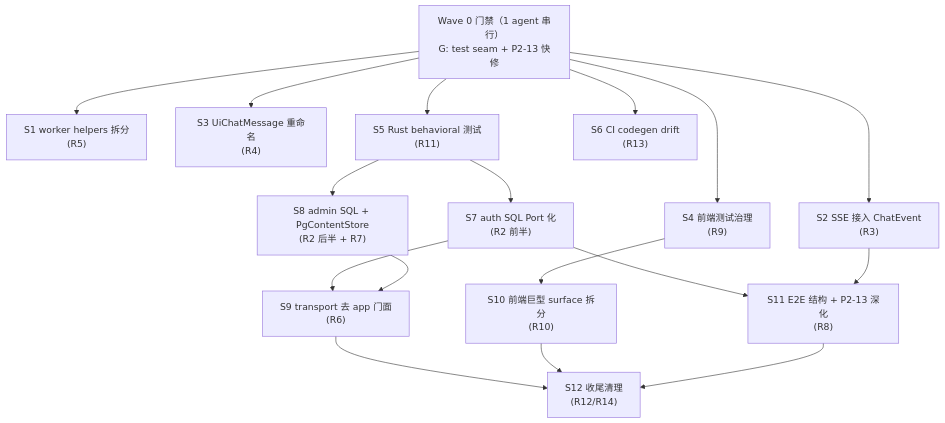
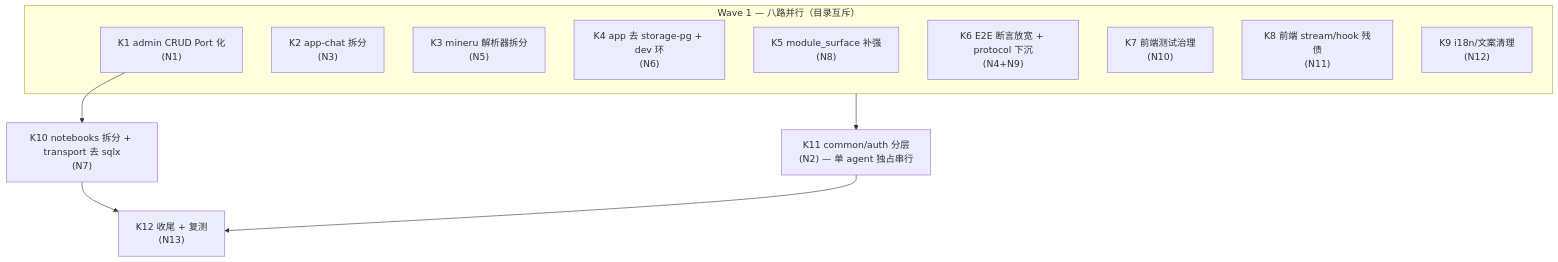
Before and after one commit to xingchuan0105/context-osv6: the diagram in avrag-rs/docs/brooks-merged-fix-plan-2026-06-12.md, drawn with Mermaid. The commit also changed other lines of this file and 247 other files, not shown here.

````diff
--- a/avrag-rs/docs/brooks-merged-fix-plan-2026-06-12.md
+++ b/avrag-rs/docs/brooks-merged-fix-plan-2026-06-12.md
@@ -69,20 +67,19 @@
 ```mermaid
 flowchart TD
-  W0["Wave 0 门禁（1 agent 串行）<br/>G: test seam + P2-13 快修"]
-  W0 --> S1["S1 worker helpers 拆分<br/>(R5)"]
-  W0 --> S2["S2 SSE 接入 ChatEvent<br/>(R3)"]
-  W0 --> S3["S3 UiChatMessage 重命名<br/>(R4)"]
-  W0 --> S4["S4 前端测试治理<br/>(R9)"]
-  W0 --> S5["S5 Rust behavioral 测试<br/>(R11)"]
-  W0 --> S6["S6 CI codegen drift<br/>(R13)"]
-  S5 --> S7["S7 auth SQL Port 化<br/>(R2 前半)"]
-  S5 --> S8["S8 admin SQL + PgContentStore<br/>(R2 后半 + R7)"]
-  S7 --> S9["S9 transport 去 app 门面<br/>(R6)"]
-  S8 --> S9
-  S4 --> S10["S10 前端巨型 surface 拆分<br/>(R10)"]
-  S7 --> S11["S11 E2E 结构 + P2-13 深化<br/>(R8)"]
-  S2 --> S11
-  S9 --> S12["S12 收尾清理<br/>(R12/R14)"]
-  S10 --> S12
-  S11 --> S12
+  subgraph W1["Wave 1 — 八路并行（目录互斥）"]
+    K1["K1 admin CRUD Port 化<br/>(N1)"]
+    K2["K2 app-chat 拆分<br/>(N3)"]
+    K3["K3 mineru 解析器拆分<br/>(N5)"]
+    K4["K4 app 去 storage-pg + dev 环<br/>(N6)"]
+    K5["K5 module_surface 补强<br/>(N8)"]
+    K6["K6 E2E 断言放宽 + protocol 下沉<br/>(N4+N9)"]
+    K7["K7 前端测试治理<br/>(N10)"]
+    K8["K8 前端 stream/hook 残债<br/>(N11)"]
+    K9["K9 i18n/文案清理<br/>(N12)"]
+  end
+
+  K1 --> K10["K10 notebooks 拆分 + transport 去 sqlx<br/>(N7)"]
+  W1 --> K11["K11 common/auth 分层<br/>(N2) — 单 agent 独占串行"]
+  K10 --> K12["K12 收尾 + 复测<br/>(N13)"]
+  K11 --> K12
 ```
````
